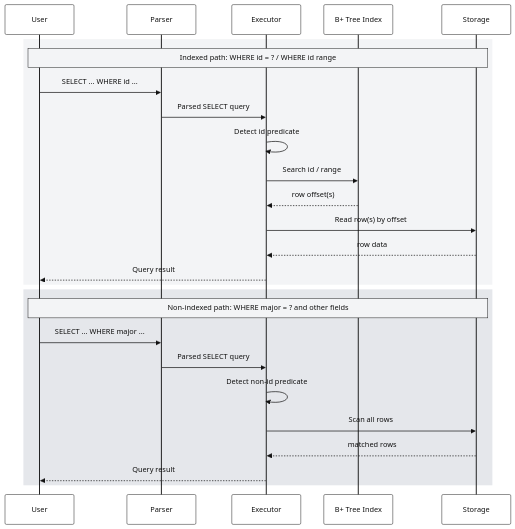
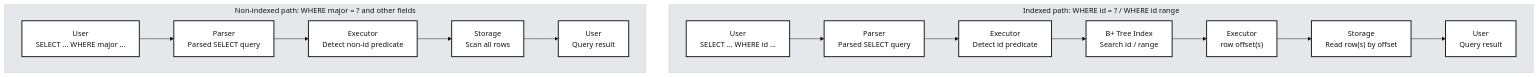
Before and after one commit to Jungle-12-303/week7-team1-sql-2: diagram 12 of 20 in README.md, drawn with Mermaid. The commit also changed other lines of this file, not shown here.

````diff
--- a/README.md
+++ b/README.md
@@ -565,58 +544,37 @@
 ```mermaid
 %%{init: {
   "theme": "base",
   "themeVariables": {
     "background": "#ffffff",
     "primaryColor": "#ffffff",
     "primaryTextColor": "#111111",
     "primaryBorderColor": "#111111",
     "lineColor": "#111111",
     "secondaryColor": "#f3f4f6",
     "secondaryTextColor": "#111111",
     "tertiaryColor": "#e5e7eb",
-    "tertiaryTextColor": "#111111",
-    "actorBkg": "#ffffff",
-    "actorBorder": "#111111",
-    "actorTextColor": "#111111",
-    "signalColor": "#111111",
-    "signalTextColor": "#111111",
-    "labelBoxBkgColor": "#ffffff",
-    "labelBoxBorderColor": "#111111",
-    "labelTextColor": "#111111",
-    "loopTextColor": "#111111",
-    "noteBkgColor": "#f3f4f6",
-    "noteBorderColor": "#111111",
-    "noteTextColor": "#111111",
-    "activationBorderColor": "#111111",
-    "activationBkgColor": "#e5e7eb"
+    "tertiaryTextColor": "#111111"
   }
 }}%%
-sequenceDiagram
-    participant U as User
-    participant P as Parser
-    participant E as Executor
-    participant B as B+ Tree Index
-    participant S as Storage
-
-    rect rgb(243, 244, 246)
-        Note over U,S: Indexed path: WHERE id = ? / WHERE id range
-        U->>P: SELECT ... WHERE id ...
-        P->>E: Parsed SELECT query
-        E->>E: Detect id predicate
-        E->>B: Search id / range
-        B-->>E: row offset(s)
-        E->>S: Read row(s) by offset
-        S-->>E: row data
-        E-->>U: Query result
+flowchart TB
+    subgraph Indexed["Indexed path: WHERE id = ? / WHERE id range"]
+        direction LR
+        A["User<br/>SELECT ... WHERE id ..."] --> B["Parser<br/>Parsed SELECT query"]
+        B --> C["Executor<br/>Detect id predicate"]
+        C --> D["B+ Tree Index<br/>Search id / range"]
+        D --> E["Executor<br/>row offset(s)"]
+        E --> F["Storage<br/>Read row(s) by offset"]
+        F --> G["User<br/>Query result"]
     end
 
-    rect rgb(229, 231, 235)
-        Note over U,S: Non-indexed path: WHERE major = ? and other fields
-        U->>P: SELECT ... WHERE major ...
-        P->>E: Parsed SELECT query
-        E->>E: Detect non-id predicate
-        E->>S: Scan all rows
-        S-->>E: matched rows
-        E-->>U: Query result
+    subgraph NonIndexed["Non-indexed path: WHERE major = ? and other fields"]
+        direction LR
+        H["User<br/>SELECT ... WHERE major ..."] --> I["Parser<br/>Parsed SELECT query"]
+        I --> J["Executor<br/>Detect non-id predicate"]
+        J --> K["Storage<br/>Scan all rows"]
+        K --> L["User<br/>Query result"]
     end
+
+    classDef box fill:#ffffff,stroke:#111111,stroke-width:2px,color:#111111;
+    class A,B,C,D,E,F,G,H,I,J,K,L box;
 ```
````
